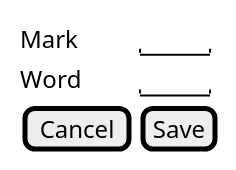
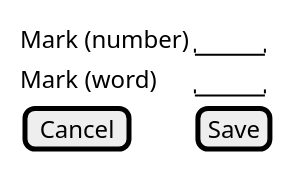
The diagram in 2-SoftwareDesign/2.8-TestCases/1-FR-Specification.puml (oleksandrblazhko/ai202-baranyuk), drawn with PlantUML before and after one commit.

```diff
--- a/2-SoftwareDesign/2.8-TestCases/1-FR-Specification.puml
+++ b/2-SoftwareDesign/2.8-TestCases/1-FR-Specification.puml
@@ -1,9 +1,9 @@
 @startsalt
 
 {
-    Mark |"    "
-    Word |"    "
+    Mark (number) |"    "
+    Mark (word) |"    "
     [Cancel] | [Save]
 }
 
 @endsalt
```
